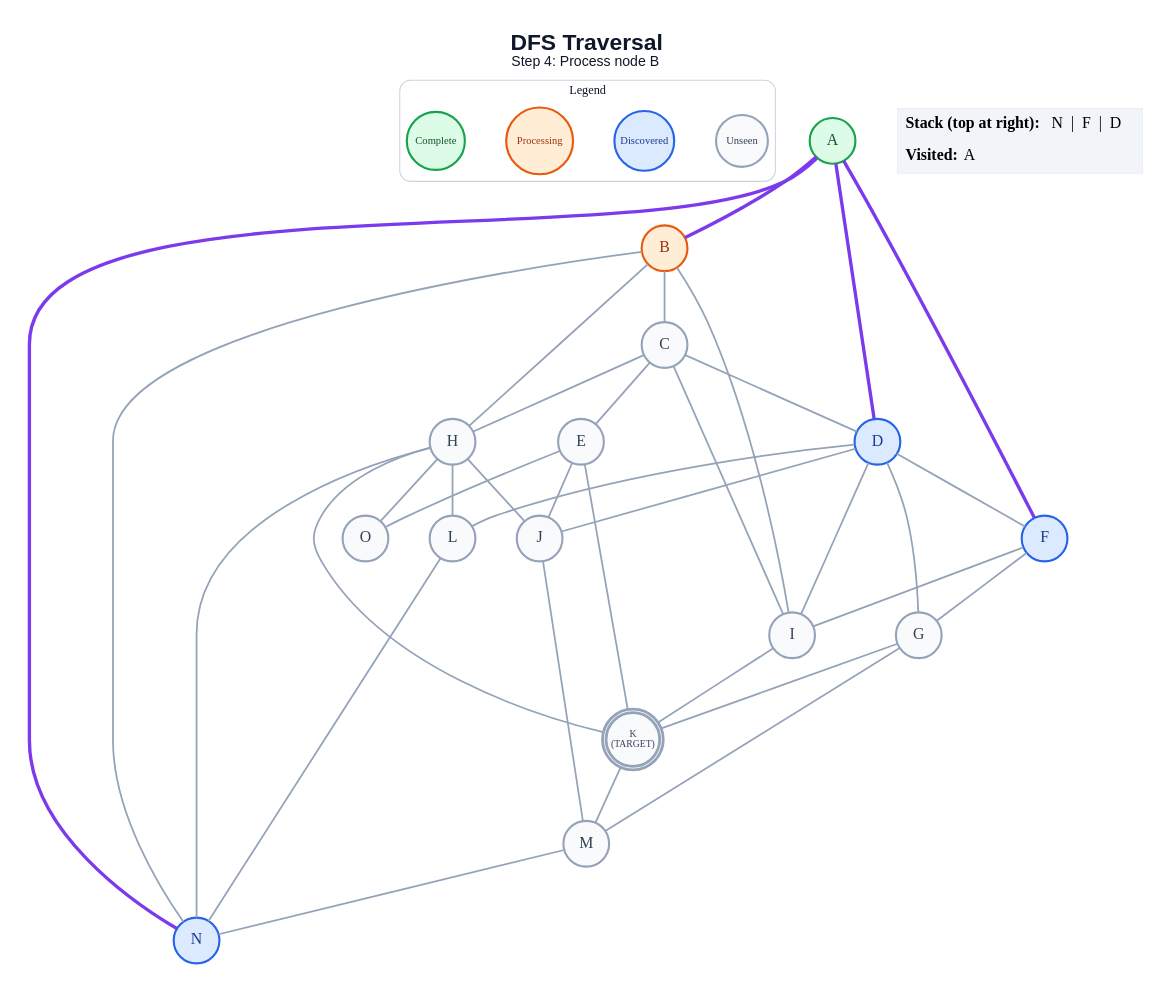
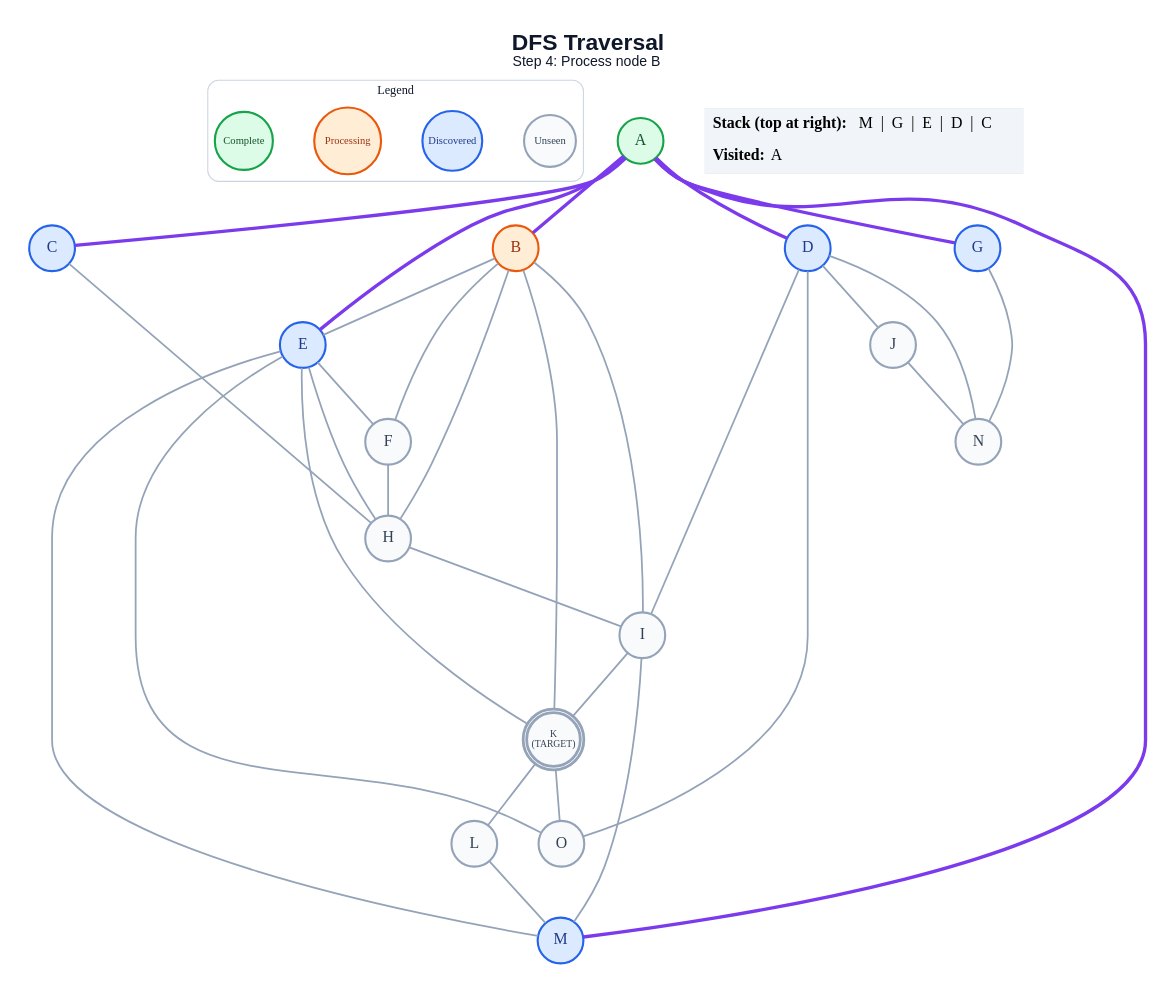
Before and after one commit to anon7238593-create/ai-slop: the diagram in generated/short-circuit/dfs/step_04.dot, drawn with Graphviz. The commit also changed 261 other files, not shown here.

```diff
--- a/generated/short-circuit/dfs/step_04.dot
+++ b/generated/short-circuit/dfs/step_04.dot
@@ -1,68 +1,64 @@
 graph traversal {
   graph [layout=dot, rankdir=TB, bgcolor="#FFFFFF", pad="0.35", nodesep="0.65", ranksep="0.8", fontname="Arial"];
   node [shape=circle, style="filled", fontname="Arial Bold", fontsize=18, width=0.72, fixedsize=true, penwidth=2.4];
   edge [color="#94A3B8", penwidth=2.0];
   label=<<B>DFS Traversal</B><BR/><FONT POINT-SIZE="16">Step 4: Process node B</FONT>>; labelloc="t"; fontsize=26; fontname="Arial"; fontcolor="#0F172A";
   subgraph cluster_legend { label="Legend"; color="#CBD5E1"; penwidth=1.2; style="rounded"; fontsize=14; fontname="Arial Bold";
     key_unseen [label="Unseen", fillcolor="#F8FAFC", color="#94A3B8", fontcolor="#334155", fontsize=12, width=0.82];
     key_frontier [label="Discovered", fillcolor="#DBEAFE", color="#2563EB", fontcolor="#1E3A8A", fontsize=12, width=0.95];
     key_current [label="Processing", fillcolor="#FFEDD5", color="#EA580C", fontcolor="#9A3412", fontsize=12, width=1.05];
     key_done [label="Complete", fillcolor="#DCFCE7", color="#16A34A", fontcolor="#14532D", fontsize=12, width=0.92];
     { rank=same; key_unseen; key_frontier; key_current; key_done; }
   }
   A [label="A", fillcolor="#DCFCE7", color="#16A34A", fontcolor="#14532D", peripheries=1, penwidth=2.4];
   B [label="B", fillcolor="#FFEDD5", color="#EA580C", fontcolor="#9A3412", peripheries=1, penwidth=2.4];
-  C [label="C", fillcolor="#F8FAFC", color="#94A3B8", fontcolor="#334155", peripheries=1, penwidth=2.4];
+  C [label="C", fillcolor="#DBEAFE", color="#2563EB", fontcolor="#1E3A8A", peripheries=1, penwidth=2.4];
   D [label="D", fillcolor="#DBEAFE", color="#2563EB", fontcolor="#1E3A8A", peripheries=1, penwidth=2.4];
-  E [label="E", fillcolor="#F8FAFC", color="#94A3B8", fontcolor="#334155", peripheries=1, penwidth=2.4];
-  F [label="F", fillcolor="#DBEAFE", color="#2563EB", fontcolor="#1E3A8A", peripheries=1, penwidth=2.4];
-  G [label="G", fillcolor="#F8FAFC", color="#94A3B8", fontcolor="#334155", peripheries=1, penwidth=2.4];
+  E [label="E", fillcolor="#DBEAFE", color="#2563EB", fontcolor="#1E3A8A", peripheries=1, penwidth=2.4];
+  F [label="F", fillcolor="#F8FAFC", color="#94A3B8", fontcolor="#334155", peripheries=1, penwidth=2.4];
+  G [label="G", fillcolor="#DBEAFE", color="#2563EB", fontcolor="#1E3A8A", peripheries=1, penwidth=2.4];
   H [label="H", fillcolor="#F8FAFC", color="#94A3B8", fontcolor="#334155", peripheries=1, penwidth=2.4];
   I [label="I", fillcolor="#F8FAFC", color="#94A3B8", fontcolor="#334155", peripheries=1, penwidth=2.4];
   J [label="J", fillcolor="#F8FAFC", color="#94A3B8", fontcolor="#334155", peripheries=1, penwidth=2.4];
   K [label="K\n(TARGET)", fillcolor="#F8FAFC", color="#94A3B8", fontcolor="#334155", peripheries=2, penwidth=3.2, fontsize=11, width=0.85, height=0.85];
   L [label="L", fillcolor="#F8FAFC", color="#94A3B8", fontcolor="#334155", peripheries=1, penwidth=2.4];
-  M [label="M", fillcolor="#F8FAFC", color="#94A3B8", fontcolor="#334155", peripheries=1, penwidth=2.4];
-  N [label="N", fillcolor="#DBEAFE", color="#2563EB", fontcolor="#1E3A8A", peripheries=1, penwidth=2.4];
+  M [label="M", fillcolor="#DBEAFE", color="#2563EB", fontcolor="#1E3A8A", peripheries=1, penwidth=2.4];
+  N [label="N", fillcolor="#F8FAFC", color="#94A3B8", fontcolor="#334155", peripheries=1, penwidth=2.4];
   O [label="O", fillcolor="#F8FAFC", color="#94A3B8", fontcolor="#334155", peripheries=1, penwidth=2.4];
   A -- B [color="#7C3AED", penwidth=3.8];
+  A -- C [color="#7C3AED", penwidth=3.8];
   A -- D [color="#7C3AED", penwidth=3.8];
-  A -- F [color="#7C3AED", penwidth=3.8];
-  A -- N [color="#7C3AED", penwidth=3.8];
-  B -- C;
+  A -- E [color="#7C3AED", penwidth=3.8];
+  A -- G [color="#7C3AED", penwidth=3.8];
+  A -- M [color="#7C3AED", penwidth=3.8];
+  B -- E;
+  B -- F;
   B -- H;
   B -- I;
-  B -- N;
-  C -- D;
-  C -- E;
+  B -- K;
   C -- H;
-  C -- I;
-  D -- F;
-  D -- G;
   D -- I;
   D -- J;
-  D -- L;
-  E -- J;
+  D -- N;
+  D -- O;
+  E -- F;
+  E -- H;
   E -- K;
+  E -- M;
   E -- O;
-  F -- G;
-  F -- I;
-  G -- K;
-  G -- M;
-  H -- J;
-  H -- K;
-  H -- L;
-  H -- N;
-  H -- O;
+  F -- H;
+  G -- N;
+  H -- I;
   I -- K;
-  J -- M;
-  K -- M;
-  L -- N;
-  M -- N;
+  I -- M;
+  J -- N;
+  K -- L;
+  K -- O;
+  L -- M;
   status [shape=plain, fixedsize=false, width=0, height=0, margin=0, label=<
     <TABLE BORDER="0" CELLBORDER="0" CELLPADDING="7" BGCOLOR="#F1F5F9">
-      <TR><TD ALIGN="LEFT"><B>Stack (top at right):</B> N  |  F  |  D</TD></TR>
+      <TR><TD ALIGN="LEFT"><B>Stack (top at right):</B> M  |  G  |  E  |  D  |  C</TD></TR>
       <TR><TD ALIGN="LEFT"><B>Visited:</B> A</TD></TR>
     </TABLE>
   >];
 }
```
